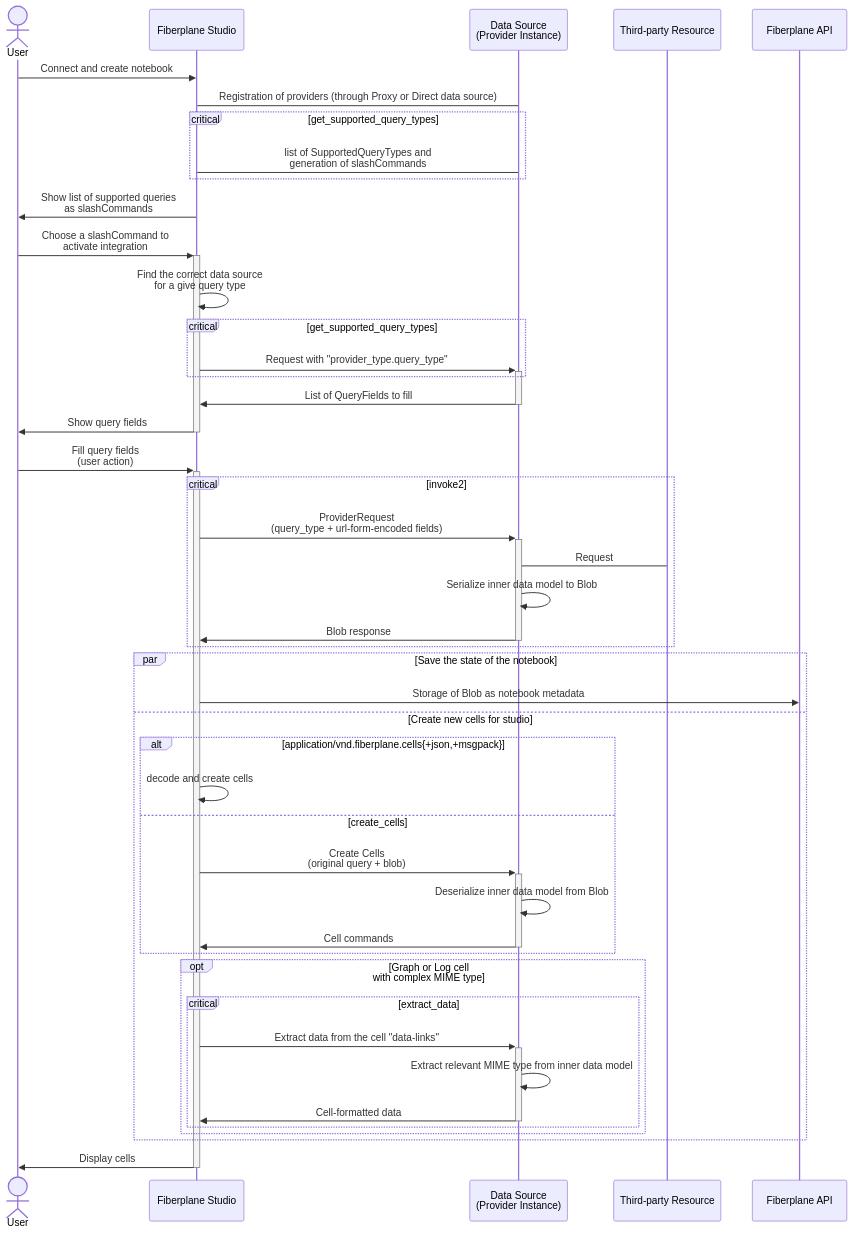
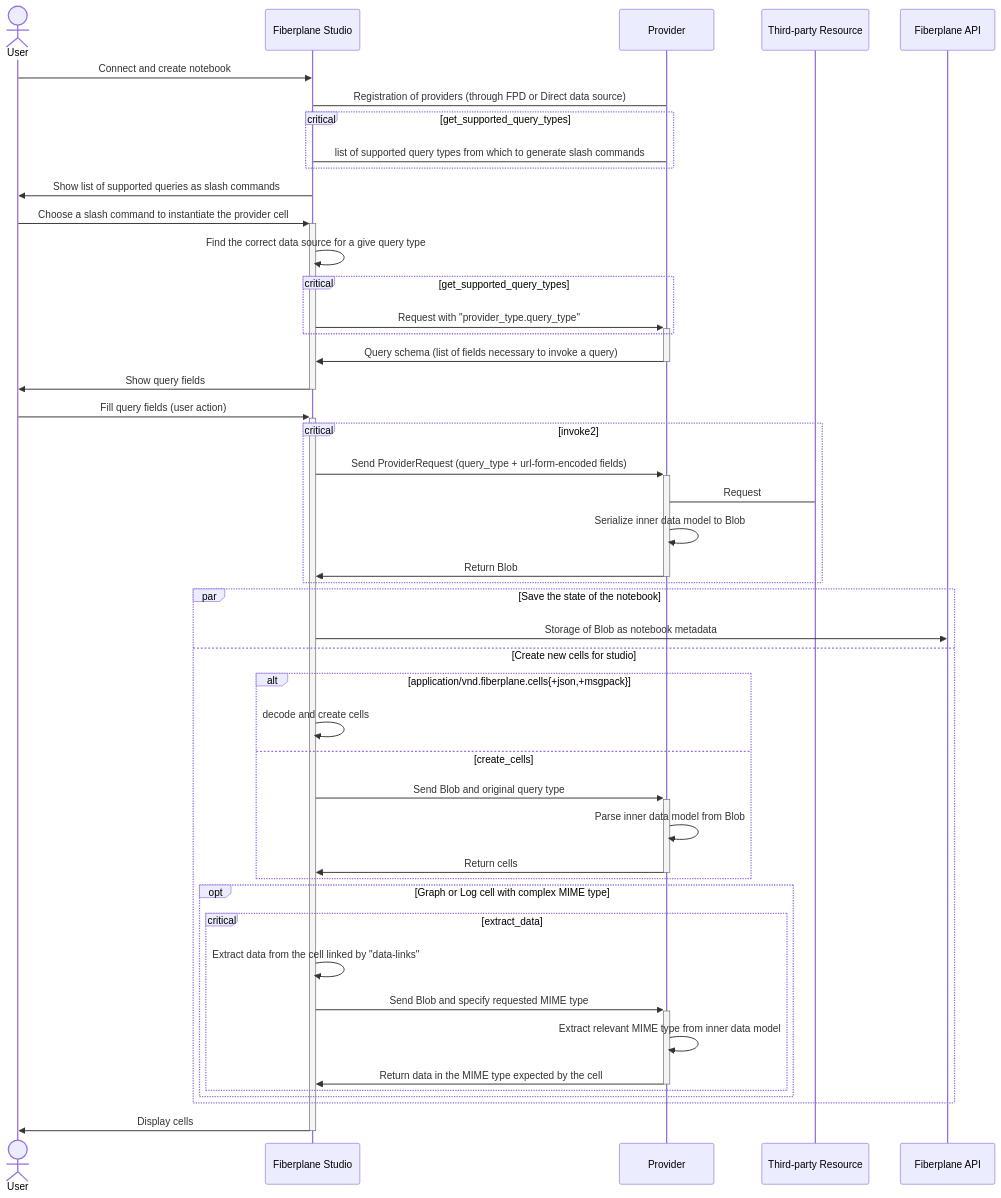
The diagram in docs/providers/provider-protocol.md (fiberplane/docs), drawn with Mermaid before and after one commit. The commit also changed other lines of this file and 1 other file, not shown here.

First line of the commit message:
Revise provider protocol docs (#8)

````diff
--- a/docs/providers/provider-protocol.md
+++ b/docs/providers/provider-protocol.md
@@ -23,47 +24,48 @@
-``` mermaid
+```mermaid
 sequenceDiagram
     actor user as User
     participant studio as Fiberplane Studio
-    participant ds as Data Source<br />(Provider Instance)
+    participant provider as Provider
     participant tpr as Third-party Resource
     participant api as Fiberplane API
     user->>studio: Connect and create notebook
-    ds->studio: Registration of providers (through Proxy or Direct data source)
+    provider->studio: Registration of providers (through FPD or Direct data source)
     critical get_supported_query_types
-        studio->ds: list of SupportedQueryTypes and<br />generation of slashCommands
+        studio->provider: list of supported query types from which to generate slash commands
     end
-    studio->>user: Show list of supported queries<br />as slashCommands
-    user->>+studio: Choose a slashCommand to<br />activate integration
-    studio->>studio: Find the correct data source<br />for a give query type
+    studio->>user: Show list of supported queries as slash commands
+    user->>+studio: Choose a slash command to instantiate the provider cell
+    studio->>studio: Find the correct data source for a give query type
     critical get_supported_query_types
-        studio->>+ds: Request with "provider_type.query_type"
+        studio->>+provider: Request with "provider_type.query_type"
     end
-    ds->>-studio: List of QueryFields to fill
+    provider->>-studio: Query schema (list of fields necessary to invoke a query)
     studio->>-user: Show query fields
-    user->>+studio: Fill query fields<br />(user action)
+    user->>+studio: Fill query fields (user action)
     critical invoke2
-        studio->>+ds: ProviderRequest<br />(query_type + url-form-encoded fields)
-        ds->tpr: Request
-        ds->>ds: Serialize inner data model to Blob
-        ds->>-studio: Blob response
+        studio->>+provider: Send ProviderRequest (query_type + url-form-encoded fields)
+        provider->tpr: Request
+        provider->>provider: Serialize inner data model to Blob
+        provider->>-studio: Return Blob
     end
     par Save the state of the notebook
         studio->>api: Storage of Blob as notebook metadata
     and Create new cells for studio
         alt application/vnd.fiberplane.cells{+json,+msgpack}
             studio->>studio: decode and create cells
         else create_cells
-            studio->>+ds: Create Cells<br />(original query + blob)
-            ds->>ds: Deserialize inner data model from Blob
-            ds->>-studio: Cell commands
+            studio->>+provider: Send Blob and original query type
+            provider->>provider: Parse inner data model from Blob
+            provider->>-studio: Return cells
         end
-        opt Graph or Log cell<br/>with complex MIME type
+        opt Graph or Log cell with complex MIME type
             critical extract_data
-                studio->>+ds: Extract data from the cell "data-links"
-                ds->>ds: Extract relevant MIME type from inner data model
-                ds->>-studio: Cell-formatted data
+                studio->>studio: Extract data from the cell linked by "data-links"
+                studio->>+provider: Send Blob and specify requested MIME type
+                provider->>provider: Extract relevant MIME type from inner data model
+                provider->>-studio: Return data in the MIME type expected by the cell
             end
         end
     end
     studio->>-user: Display cells
 ```
````
